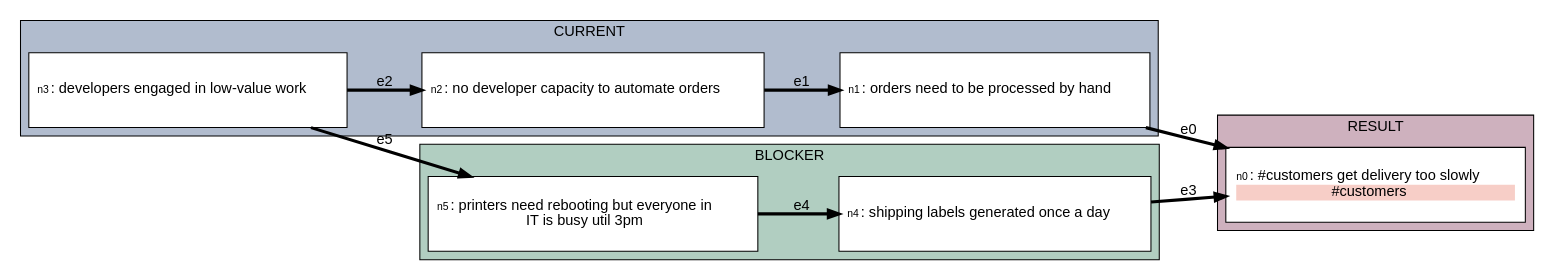
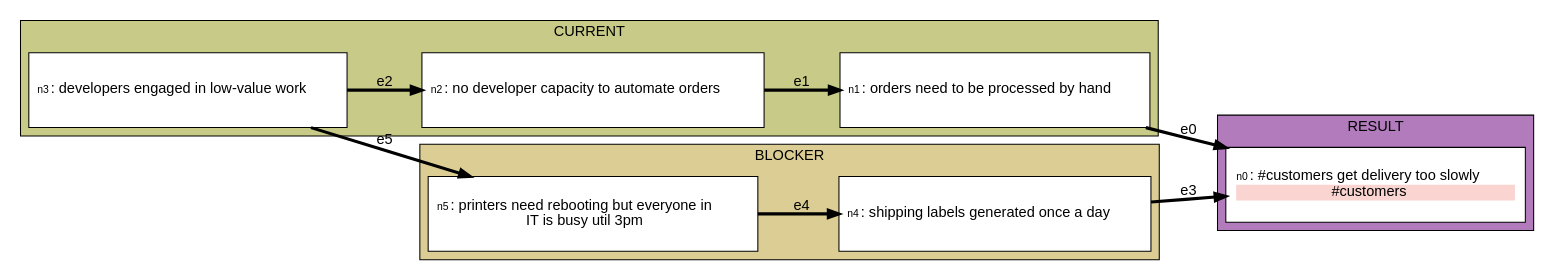
The diagram in examples/business_example_1.dot (stevecooperorg/microdot), drawn with Graphviz before and after one commit. The commit also changed 15 other files, not shown here.

```diff
--- a/examples/business_example_1.dot
+++ b/examples/business_example_1.dot
@@ -1,75 +1,75 @@
 digraph {
 
     graph [fontname = "helvetica" rankdir="LR" ranksep=0.75 nodesep=0.5];
     node [fontname = "helvetica" shape = "box" width=4 style=filled];
     edge [fontname = "helvetica" penwidth=3 color="#000000"];
 
   subgraph cluster_BLOCKER {
   label="BLOCKER"
-  bgcolor="#B1CEC1"
+  bgcolor="#DBCD93"
     n4 [width=4 height=1 label=< <TABLE BORDER="0" CELLPADDING="0" CELLSPACING="0">
     <TR>
         <TD COLSPAN="1"><FONT POINT-SIZE="10">n4</FONT>: shipping labels generated once a day</TD>
     </TR>
     
    </TABLE>
 > fillcolor="#FFFFFF"]
     n5 [width=4 height=1 label=< <TABLE BORDER="0" CELLPADDING="0" CELLSPACING="0">
     <TR>
         <TD COLSPAN="1"><FONT POINT-SIZE="10">n5</FONT>: printers need rebooting but everyone in<br/>IT is busy util 3pm</TD>
     </TR>
     
    </TABLE>
 > fillcolor="#FFFFFF"]
   }
   subgraph cluster_CURRENT {
   label="CURRENT"
-  bgcolor="#B1BCCE"
+  bgcolor="#C8CA87"
     n1 [width=4 height=1 label=< <TABLE BORDER="0" CELLPADDING="0" CELLSPACING="0">
     <TR>
         <TD COLSPAN="1"><FONT POINT-SIZE="10">n1</FONT>: orders need to be processed by hand</TD>
     </TR>
     
    </TABLE>
 > fillcolor="#FFFFFF"]
     n2 [width=4 height=1 label=< <TABLE BORDER="0" CELLPADDING="0" CELLSPACING="0">
     <TR>
         <TD COLSPAN="1"><FONT POINT-SIZE="10">n2</FONT>: no developer capacity to automate orders</TD>
     </TR>
     
    </TABLE>
 > fillcolor="#FFFFFF"]
     n3 [width=4 height=1 label=< <TABLE BORDER="0" CELLPADDING="0" CELLSPACING="0">
     <TR>
         <TD COLSPAN="1"><FONT POINT-SIZE="10">n3</FONT>: developers engaged in low-value work</TD>
     </TR>
     
    </TABLE>
 > fillcolor="#FFFFFF"]
   }
   subgraph cluster_RESULT {
   label="RESULT"
-  bgcolor="#CEB1BE"
+  bgcolor="#B27BBC"
     n0 [width=4 height=1 label=< <TABLE BORDER="0" CELLPADDING="0" CELLSPACING="0">
     <TR>
         <TD COLSPAN="1"><FONT POINT-SIZE="10">n0</FONT>: #customers get delivery too slowly</TD>
     </TR>
     
         
            <TR>
-<TD BGCOLOR="#F7CEC7"><FONT COLOR="#000000">#customers</FONT></TD>
+<TD BGCOLOR="#F9D4D0"><FONT COLOR="#000000">#customers</FONT></TD>
 </TR>
         
     
    </TABLE>
 > fillcolor="#FFFFFF"]
   }
 
     "n1" -> "n0" [label="e0"];
     "n2" -> "n1" [label="e1"];
     "n3" -> "n2" [label="e2"];
     "n4" -> "n0" [label="e3"];
     "n5" -> "n4" [label="e4"];
     "n3" -> "n5" [label="e5"];
 
 }
```
